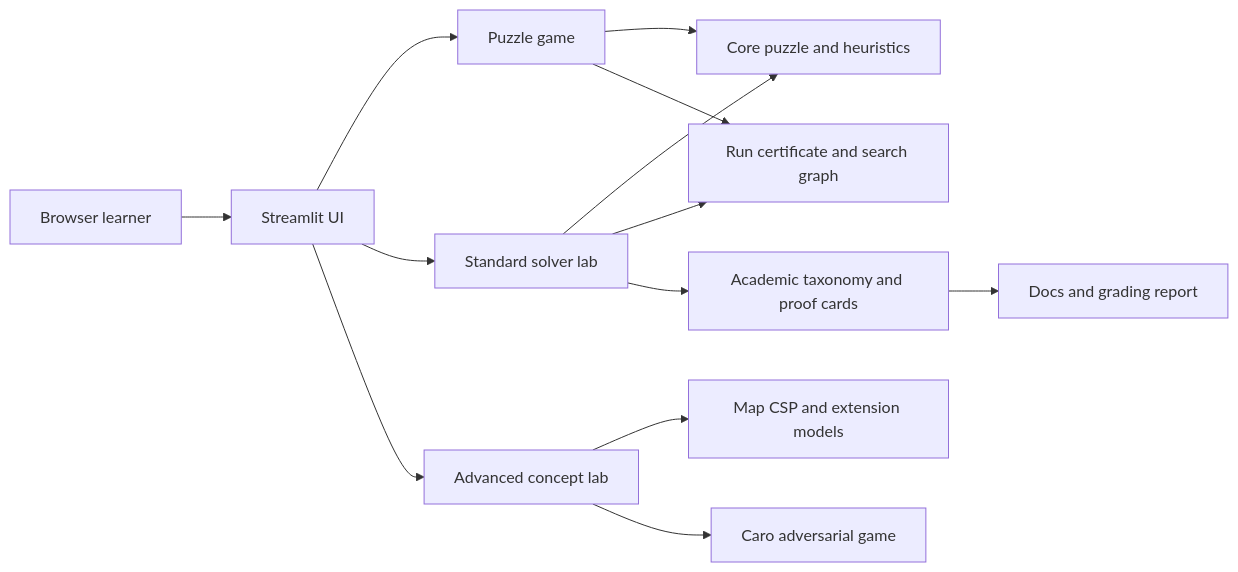
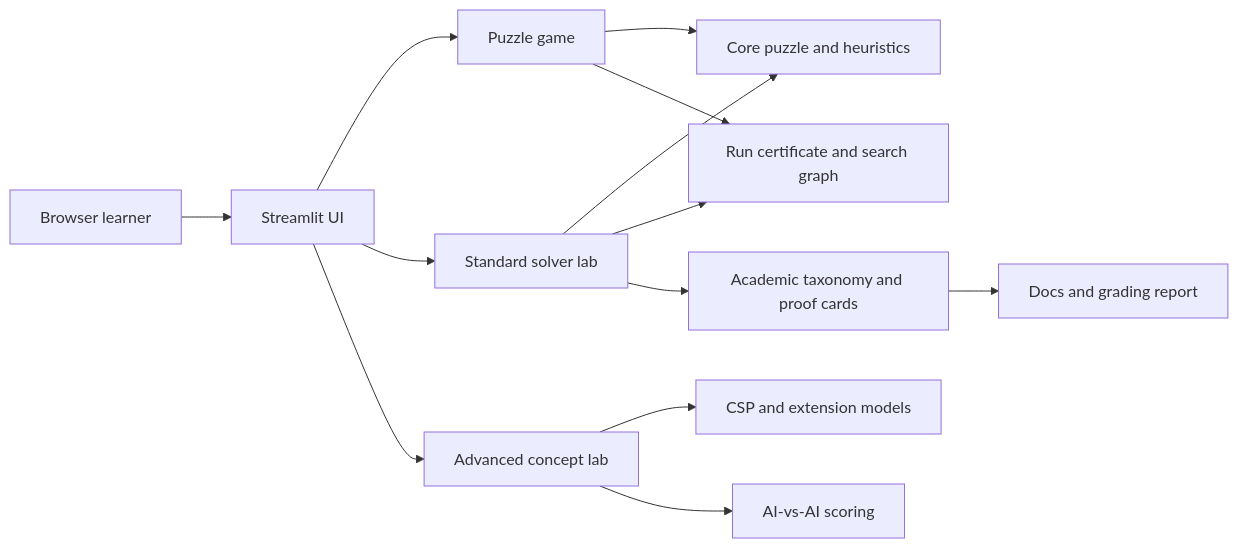
Before and after one commit to JasonTM17/AI_Algothrithm_Study_University: the diagram in docs/system-architecture.md, drawn with Mermaid. The commit also changed other lines of this file and 7 other files, not shown here.

````diff
--- a/docs/system-architecture.md
+++ b/docs/system-architecture.md
@@ -3,15 +3,15 @@
 ```mermaid
 flowchart LR
     U[Browser learner] --> S[Streamlit UI]
     S --> P[Puzzle game]
     S --> R[Standard solver lab]
     S --> A[Advanced concept lab]
     R --> C[Core puzzle and heuristics]
     R --> G[Run certificate and search graph]
     R --> T[Academic taxonomy and proof cards]
     P --> C
     P --> G
-    A --> M[Map CSP and extension models]
-    A --> O[Caro adversarial game]
+    A --> M[CSP and extension models]
+    A --> O[AI-vs-AI scoring]
     T --> D[Docs and grading report]
 ```
````
